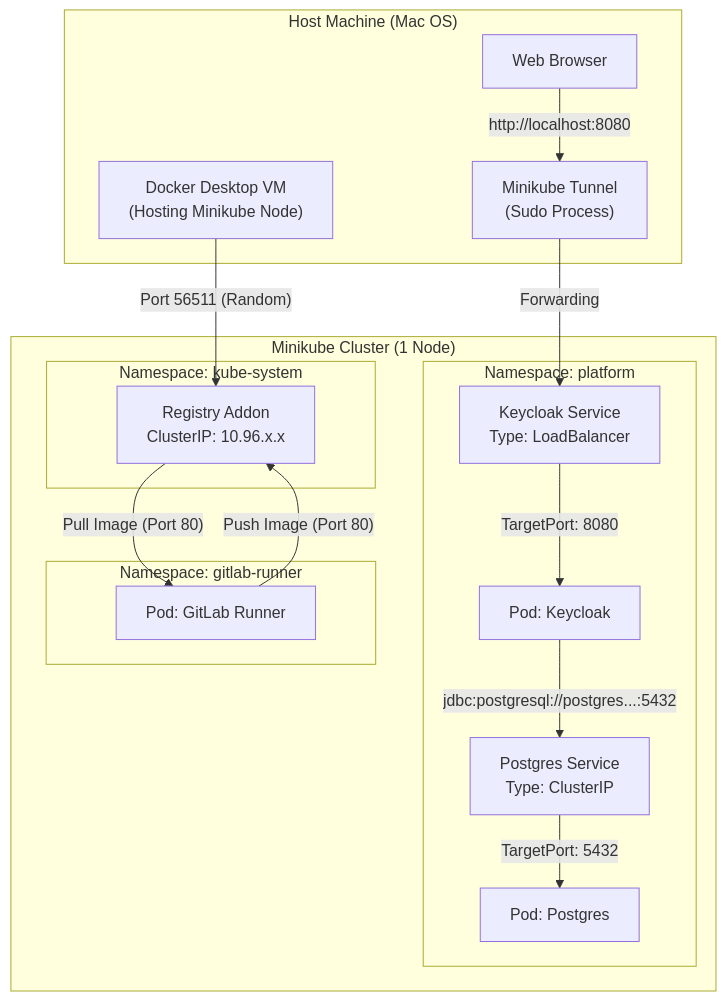
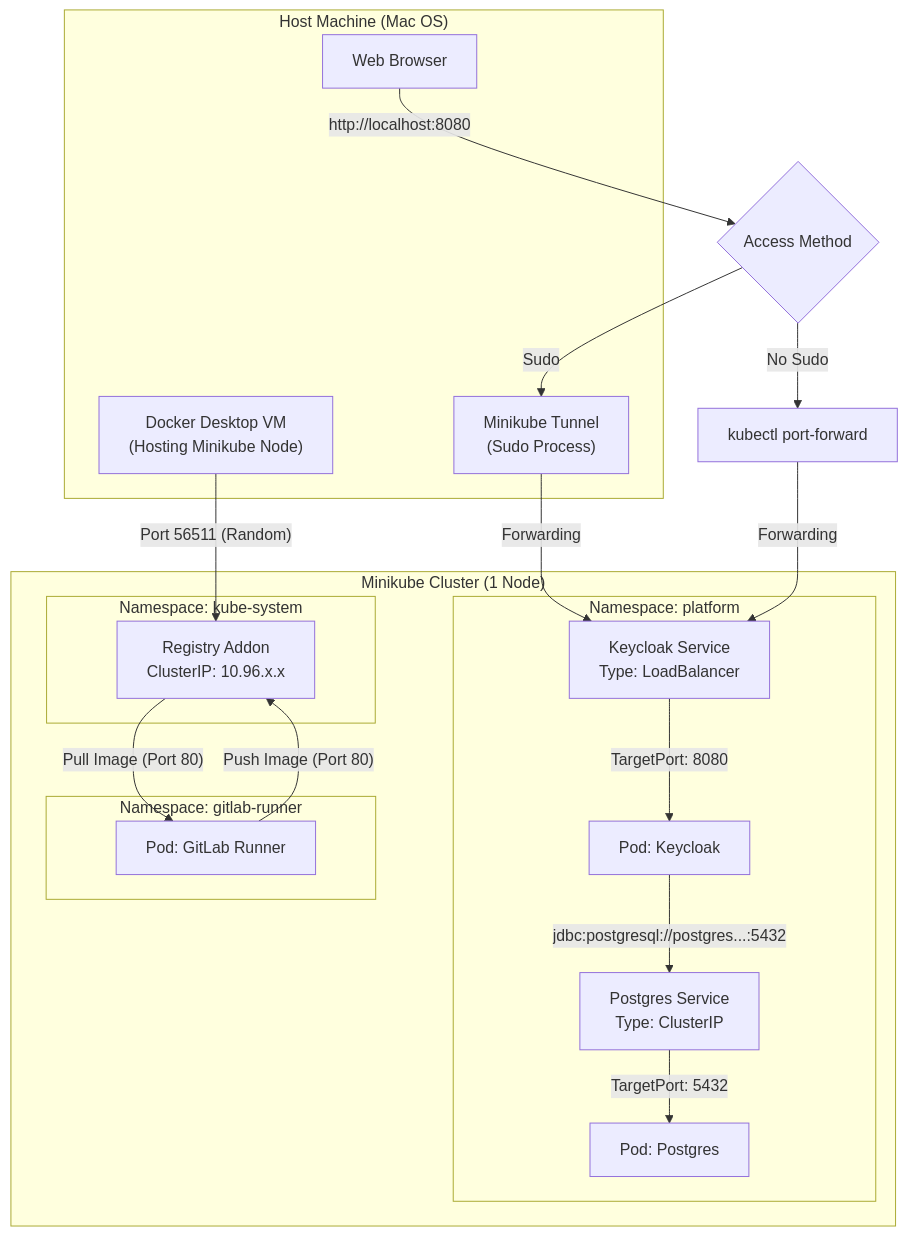
The diagram in docs/network-diagram.md (bereizy/local-platform-lab), drawn with Mermaid before and after one commit. The commit also changed 2 other files, not shown here.

Commit message:
docs: Add `kubectl port-forward` instructions and diagram updates for Keycloak access without sudo.

````diff
--- a/docs/network-diagram.md
+++ b/docs/network-diagram.md
@@ -7,43 +7,48 @@
 ```mermaid
 graph TB
     subgraph Host["Host Machine (Mac OS)"]
         Browser["Web Browser"]
         Tunnel["Minikube Tunnel<br>(Sudo Process)"]
         DockerDesktop["Docker Desktop VM<br>(Hosting Minikube Node)"]
     end
 
     subgraph Cluster["Minikube Cluster (1 Node)"]
         
         subgraph NS_System["Namespace: kube-system"]
             Registry["Registry Addon<br>ClusterIP: 10.96.x.x"]
         end
 
         subgraph NS_Platform["Namespace: platform"]
             KeycloakSVC["Keycloak Service<br>Type: LoadBalancer"]
             PostgresSVC["Postgres Service<br>Type: ClusterIP"]
             
             KeycloakPod["Pod: Keycloak"]
             PostgresPod["Pod: Postgres"]
         end
 
         subgraph NS_Runner["Namespace: gitlab-runner"]
             RunnerPod["Pod: GitLab Runner"]
         end
     end
 
-    %% External Access via Tunnel
-    Browser --"http://localhost:8080"--> Tunnel
+    %% External Access via Tunnel OR Port Forward
+    Browser --"http://localhost:8080"--> HostAccess
+    HostAccess{"Access Method"}
+    HostAccess --"Sudo"--> Tunnel
+    HostAccess --"No Sudo"--> PortForward["kubectl port-forward"]
+
     Tunnel --"Forwarding"--> KeycloakSVC
+    PortForward --"Forwarding"--> KeycloakSVC
     KeycloakSVC --"TargetPort: 8080"--> KeycloakPod
 
     %% Internal Service Communication
     KeycloakPod --"jdbc:postgresql://postgres...:5432"--> PostgresSVC
     PostgresSVC --"TargetPort: 5432"--> PostgresPod
 
     %% CI/CD Flow
     RunnerPod --"Push Image (Port 80)"--> Registry
     Registry --"Pull Image (Port 80)"--> RunnerPod
 
     %% Minikube Docker Driver Port Mapping (for Registry)
     DockerDesktop --"Port 56511 (Random)"--> Registry
 ```
````
